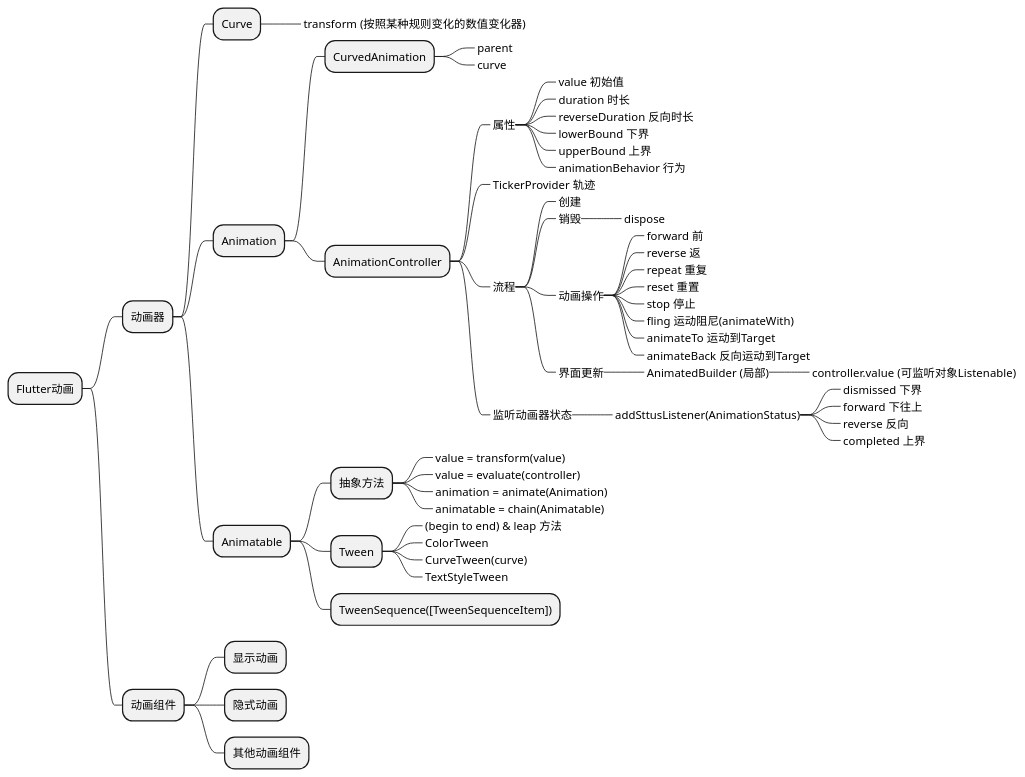
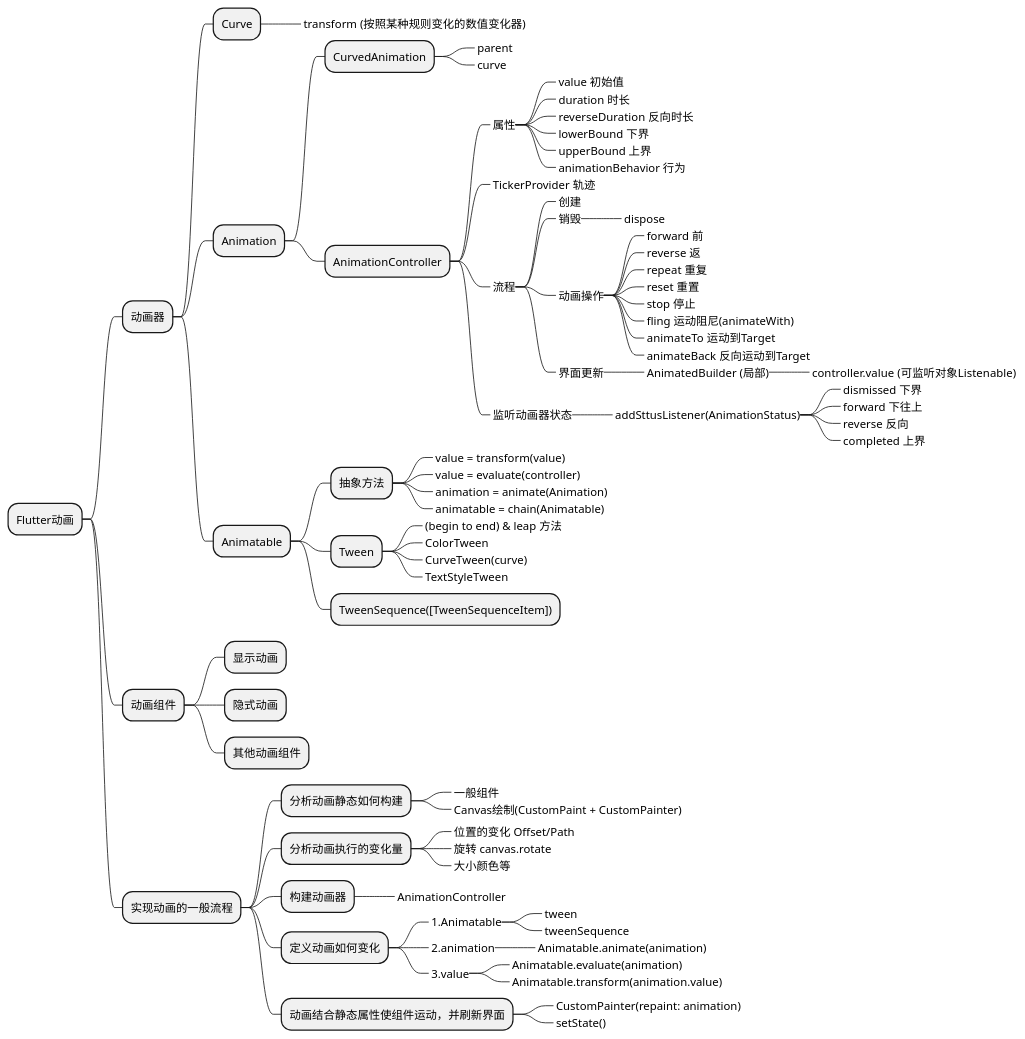
Before and after one commit to HEROhuqinchao/flutter_bilibili_getx: the diagram in lib/ui/pages/functions/animation_study/mindMap/mindMap.pu, drawn with PlantUML.

Commit message:
animation mindMap

```diff
--- a/lib/ui/pages/functions/animation_study/mindMap/mindMap.pu
+++ b/lib/ui/pages/functions/animation_study/mindMap/mindMap.pu
@@ -1,60 +1,82 @@
 @startmindmap
 * Flutter动画
 ** 动画器
 *** Curve
 ****_ transform (按照某种规则变化的数值变化器)
 *** Animation
 **** CurvedAnimation
 *****_ parent
 *****_ curve
 **** AnimationController
 *****_ 属性
 ******_ value 初始值
 ******_ duration 时长
 ******_ reverseDuration 反向时长
 ******_ lowerBound 下界
 ******_ upperBound 上界
 ******_ animationBehavior 行为
 *****_ TickerProvider 轨迹
 *****_ 流程
 ******_ 创建
 ******_ 销毁
 *******_ dispose
 ******_ 动画操作
 *******_ forward 前
 *******_ reverse 返
 *******_ repeat 重复
 *******_ reset 重置
 *******_ stop 停止
 *******_ fling 运动阻尼(animateWith)
 *******_ animateTo 运动到Target
 *******_ animateBack 反向运动到Target
 ******_ 界面更新
 *******_ AnimatedBuilder (局部)
 ********_ controller.value (可监听对象Listenable)
 *****_ 监听动画器状态
 ******_ addSttusListener(AnimationStatus)
 *******_ dismissed 下界
 *******_ forward 下往上
 *******_ reverse 反向
 *******_ completed 上界
 *** Animatable
 **** 抽象方法
 *****_ value = transform(value)
 *****_ value = evaluate(controller)
 *****_ animation = animate(Animation)
 *****_ animatable = chain(Animatable)
 
 **** Tween
 *****_ (begin to end) & leap 方法
 *****_ ColorTween
 *****_ CurveTween(curve)
 *****_ TextStyleTween
 **** TweenSequence([TweenSequenceItem])
 
 ** 动画组件
 *** 显示动画
 *** 隐式动画
 *** 其他动画组件
 
+** 实现动画的一般流程
+*** 分析动画静态如何构建
+****_ 一般组件
+****_ Canvas绘制(CustomPaint + CustomPainter)
+*** 分析动画执行的变化量
+****_ 位置的变化 Offset/Path
+****_ 旋转 canvas.rotate
+****_ 大小颜色等
+*** 构建动画器
+****_ AnimationController
+*** 定义动画如何变化
+****_ 1.Animatable
+*****_ tween
+*****_ tweenSequence
+****_ 2.animation
+*****_ Animatable.animate(animation)
+****_ 3.value
+*****_ Animatable.evaluate(animation)
+*****_ Animatable.transform(animation.value)
+*** 动画结合静态属性使组件运动，并刷新界面
+****_ CustomPainter(repaint: animation)
+****_ setState()
 @endmindmap
```
